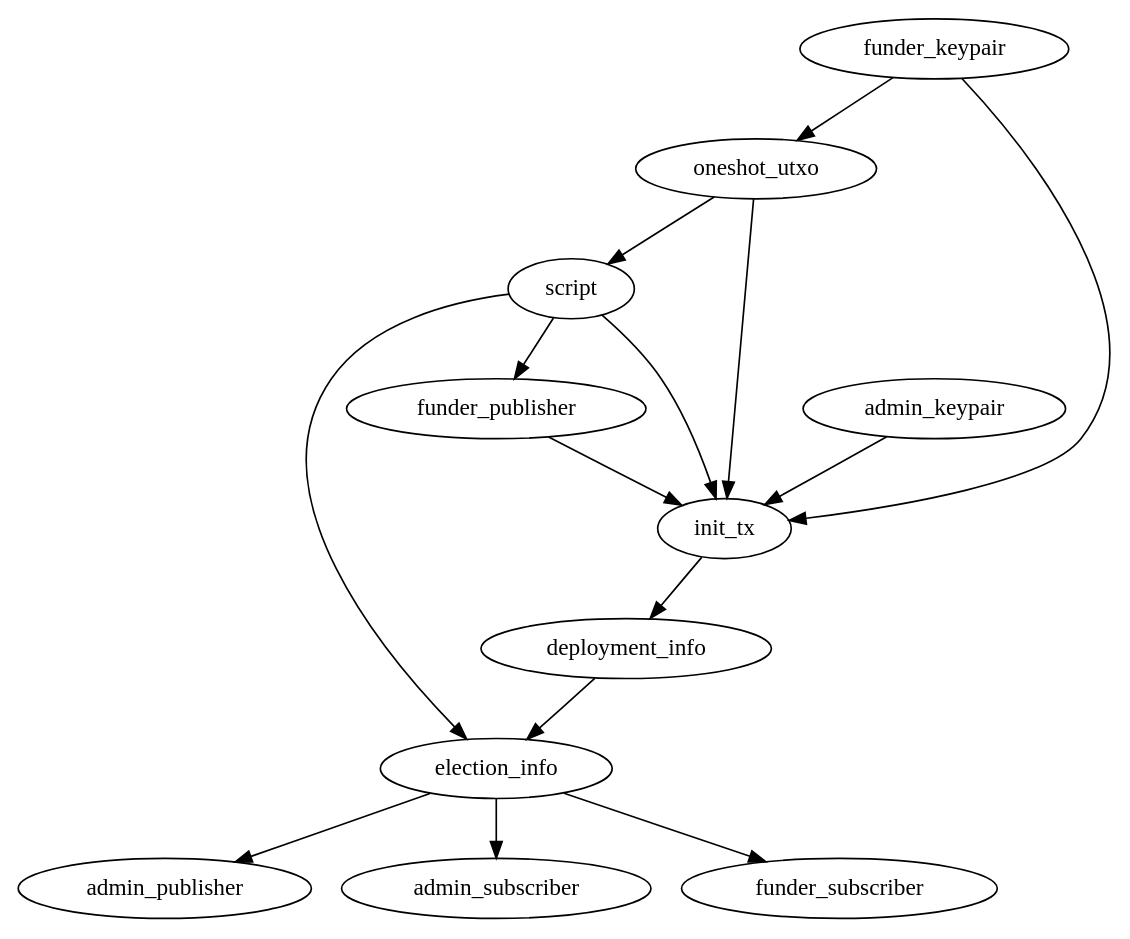
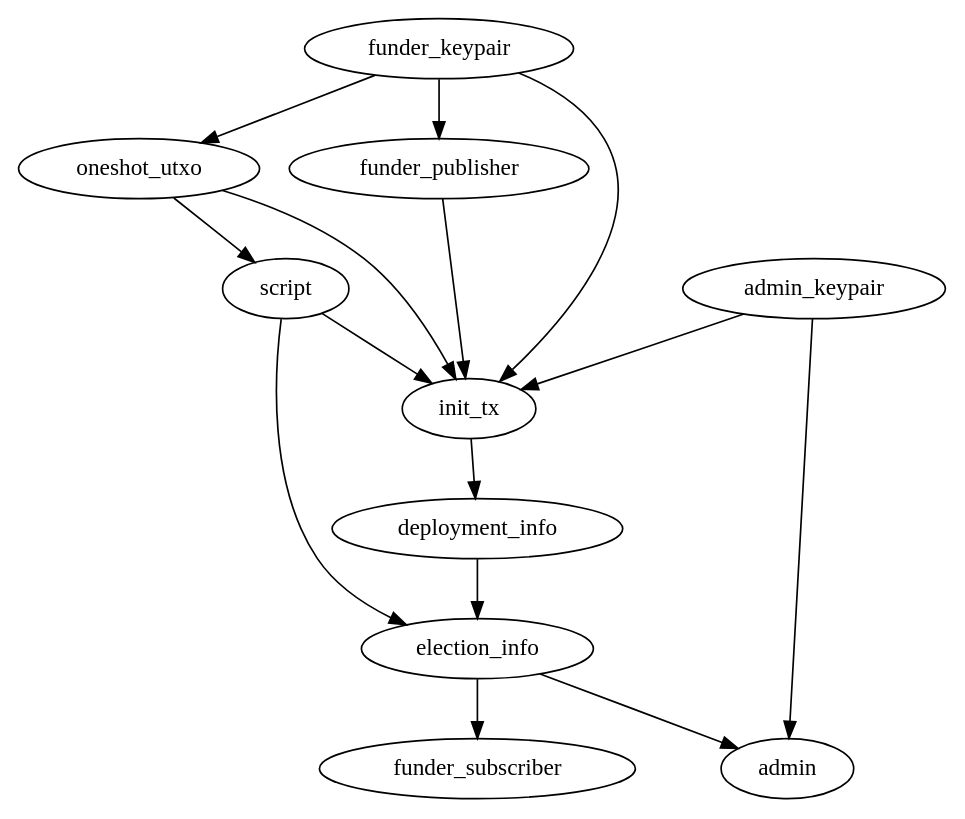
One commit to jefdaj/electionguard-cardano changed the diagram in milestone2/publish-and-verify/offchain/initelection.dot. Above: the diagram before and after it, drawn with Graphviz. The commit also changed 3 other files, not shown here.

```diff
--- a/milestone2/publish-and-verify/offchain/initelection.dot
+++ b/milestone2/publish-and-verify/offchain/initelection.dot
@@ -1,6 +1,8 @@
 digraph initelection {
-  funder_keypair -> oneshot_utxo -> script -> funder_publisher
+  funder_keypair -> oneshot_utxo -> script
+  funder_keypair -> funder_publisher
   {funder_keypair, funder_publisher, admin_keypair, oneshot_utxo, script} -> init_tx -> deployment_info
   {deployment_info, script} -> election_info
-  election_info -> {admin_publisher, admin_subscriber, funder_subscriber}
+  election_info -> {admin, funder_subscriber}
+  admin_keypair -> admin
 }
```
